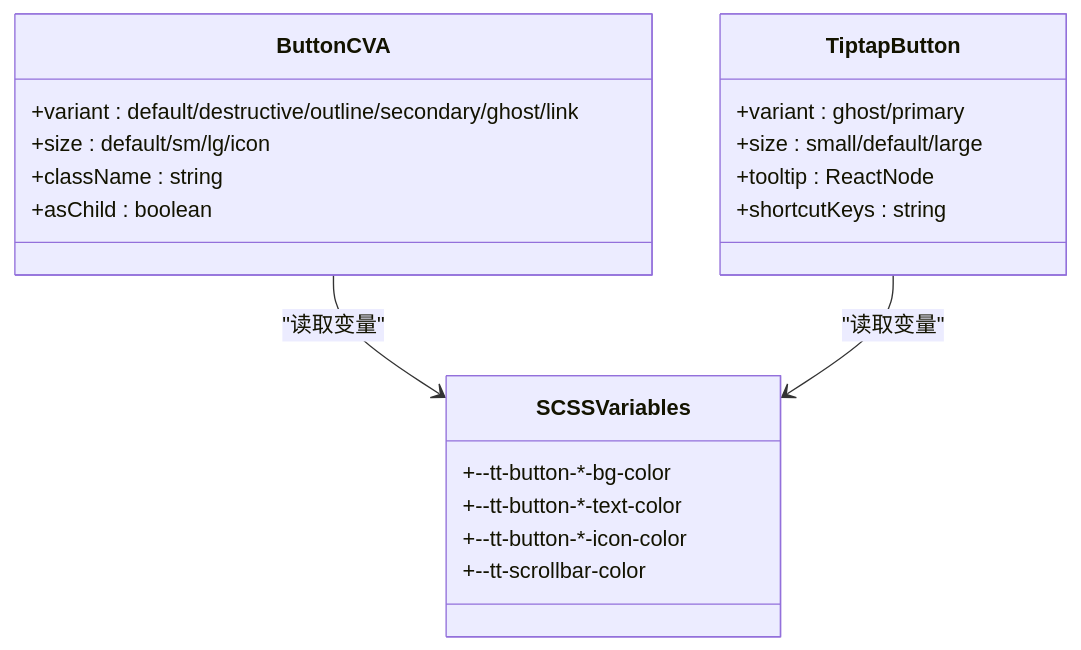
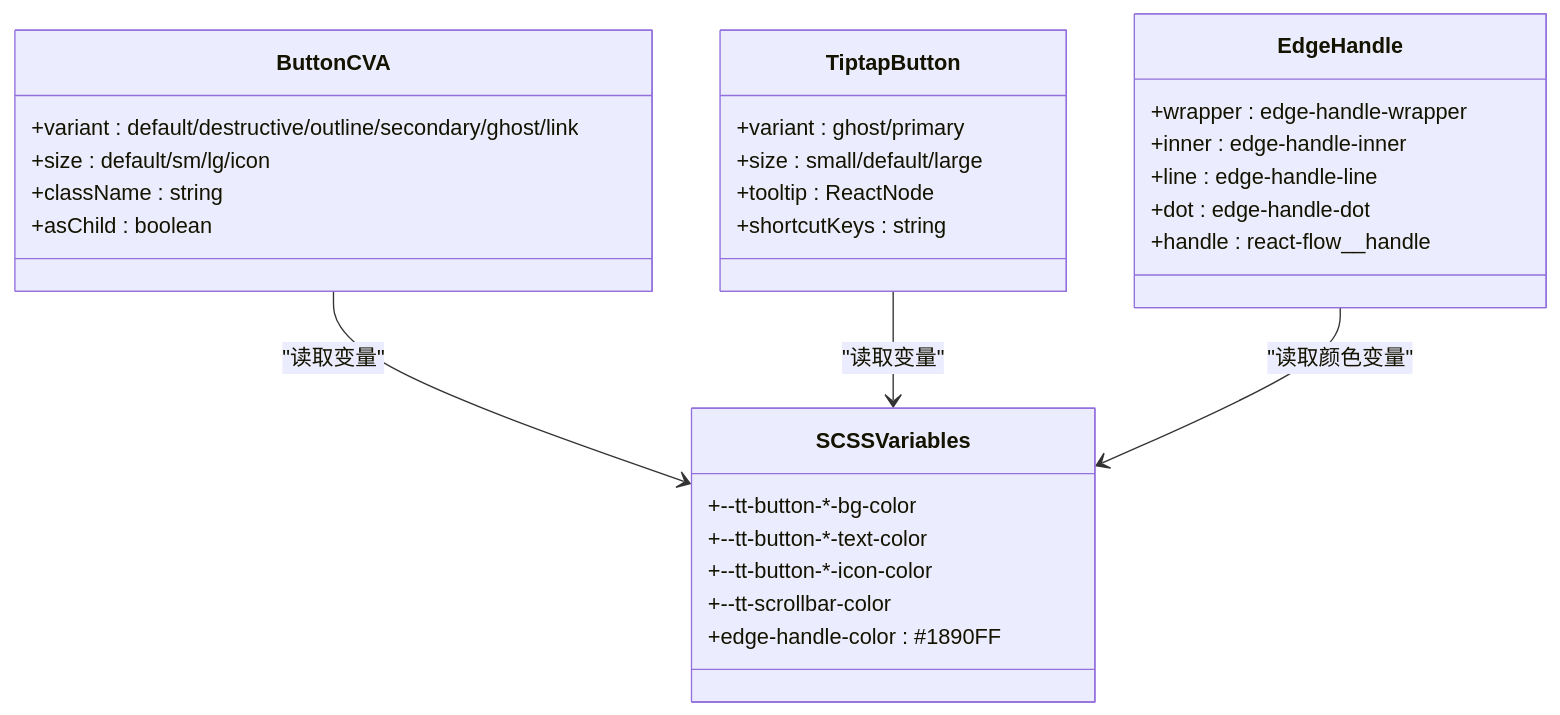
Before and after one commit to KunLabAI/KunFlix: the eighth of 12 diagrams in .qoder/repowiki/zh/content/前端应用架构/UI组件库/主题与样式系统.md, drawn with Mermaid. The commit also changed other lines of this file and 9 other files, not shown here.

````diff
--- a/.qoder/repowiki/zh/content/前端应用架构/UI组件库/主题与样式系统.md
+++ b/.qoder/repowiki/zh/content/前端应用架构/UI组件库/主题与样式系统.md
@@ -320,23 +357,32 @@
 ```mermaid
 classDiagram
 class ButtonCVA {
 +variant : default/destructive/outline/secondary/ghost/link
 +size : default/sm/lg/icon
 +className : string
 +asChild : boolean
 }
 class TiptapButton {
 +variant : ghost/primary
 +size : small/default/large
 +tooltip : ReactNode
 +shortcutKeys : string
 }
+class EdgeHandle {
++wrapper : edge-handle-wrapper
++inner : edge-handle-inner
++line : edge-handle-line
++dot : edge-handle-dot
++handle : react-flow__handle
+}
 class SCSSVariables {
 +--tt-button-*-bg-color
 +--tt-button-*-text-color
 +--tt-button-*-icon-color
 +--tt-scrollbar-color
++edge-handle-color : #1890FF
 }
 ButtonCVA --> SCSSVariables : "读取变量"
 TiptapButton --> SCSSVariables : "读取变量"
+EdgeHandle --> SCSSVariables : "读取颜色变量"
 ```
````
